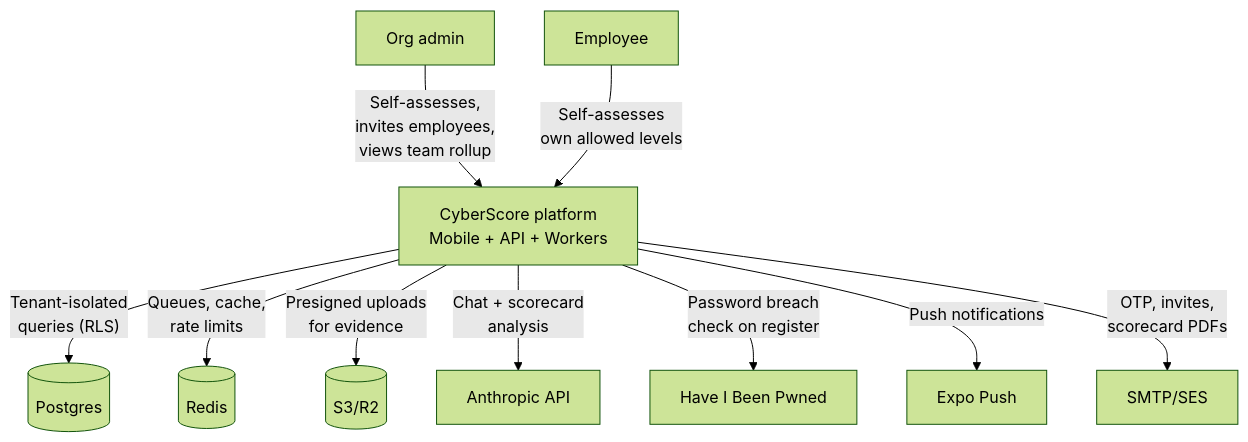
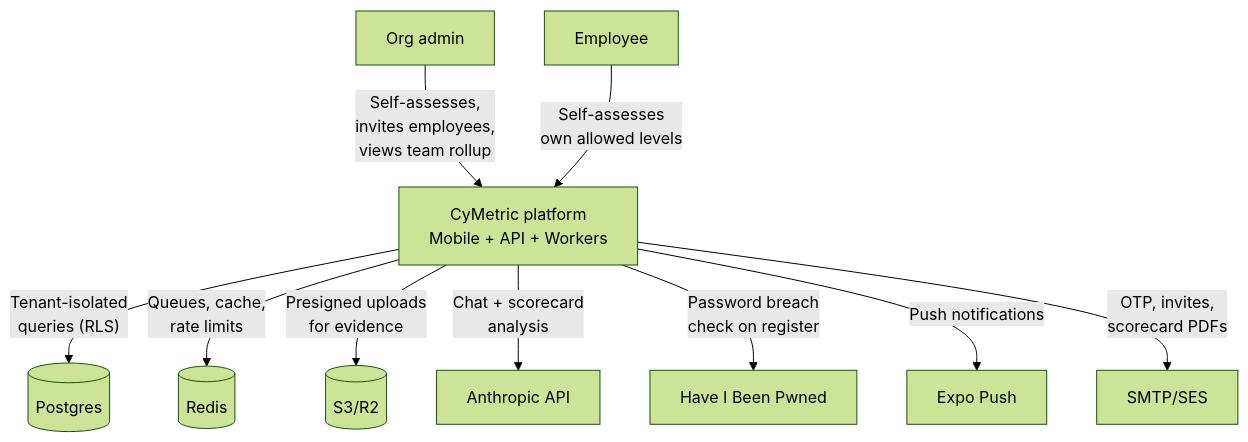
One commit to saanvivishal/cyberscore changed the first of 9 diagrams in docs/system-design.md. Above: the diagram before and after it, drawn with Mermaid (forest theme). The commit also changed other lines of this file and 116 other files, not shown here.

````diff
--- a/docs/system-design.md
+++ b/docs/system-design.md
@@ -14,23 +14,23 @@
 ```mermaid
 flowchart TB
   ADMIN[Org admin]
   EMP[Employee]
-  CS[CyberScore platform<br/>Mobile + API + Workers]
+  CS[CyMetric platform<br/>Mobile + API + Workers]
   PG[(Postgres)]
   REDIS[(Redis)]
   R2[(S3/R2)]
   ANT[Anthropic API]
   HIBP[Have I Been Pwned]
   EXPO[Expo Push]
   SMTP[SMTP/SES]
 
   ADMIN -- Self-assesses,<br/>invites employees,<br/>views team rollup --> CS
   EMP -- Self-assesses<br/>own allowed levels --> CS
   CS -- Tenant-isolated<br/>queries (RLS) --> PG
   CS -- Queues, cache,<br/>rate limits --> REDIS
   CS -- Presigned uploads<br/>for evidence --> R2
   CS -- Chat + scorecard<br/>analysis --> ANT
   CS -- Password breach<br/>check on register --> HIBP
   CS -- Push notifications --> EXPO
   CS -- OTP, invites,<br/>scorecard PDFs --> SMTP
 ```
````
